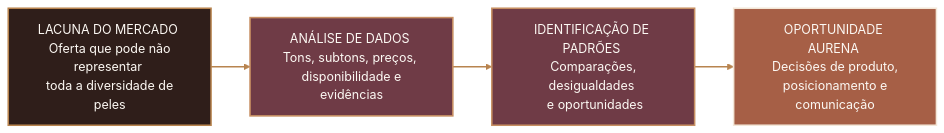
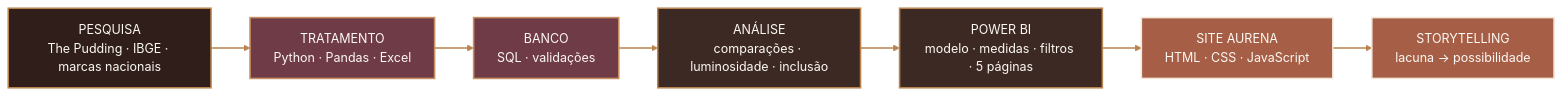
Before and after one commit to Projeto-L-Oreal-Paris/Avanco-da-industria-da-maquiagem: the first of 5 diagrams in README.md, drawn with Mermaid. The commit also changed other lines of this file, not shown here.

Commit message:
feat: finalize AURENA website with Power BI integration and final adjustments"

````diff
--- a/README.md
+++ b/README.md
@@ -107,21 +52,24 @@
 ```mermaid
 flowchart LR
-    A["LACUNA DO MERCADO <br/> Oferta que pode não representar <br/> toda a diversidade de peles"]
-    B["ANÁLISE DE DADOS <br/>Tons, subtons, preços, <br/> disponibilidade e evidências"]
-    C["IDENTIFICAÇÃO DE PADRÕES <br/> Comparações, desigualdades <br/> e oportunidades"]
-    D["OPORTUNIDADE AURENA <br/> Decisões de produto, <br/> posicionamento e comunicação"]
+    A["PESQUISA<br/>The Pudding · IBGE · marcas nacionais"]
+    B["TRATAMENTO<br/>Python · Pandas · Excel"]
+    C["BANCO<br/>SQL · validações"]
+    D["ANÁLISE<br/>comparações · luminosidade · inclusão"]
+    E["POWER BI<br/>modelo · medidas · filtros · 5 páginas"]
+    F["SITE AURENA<br/>HTML · CSS · JavaScript"]
+    G["STORYTELLING<br/>lacuna → possibilidade"]
 
-    A --> B
-    B --> C
-    C --> D
+    A --> B --> C --> D --> E --> F --> G
 
-    classDef problema fill:#2F1E1A,stroke:#B8844F,color:#FCF8F3,stroke-width:2px;
-    classDef analise fill:#6F3B46,stroke:#C78F62,color:#FCF8F3,stroke-width:2px;
-    classDef oportunidade fill:#A65F46,stroke:#F3E7D8,color:#FCF8F3,stroke-width:2px;
+    classDef origem fill:#2F1E1A,stroke:#B8844F,color:#FCF8F3,stroke-width:2px;
+    classDef dados fill:#6F3B46,stroke:#C78F62,color:#FCF8F3,stroke-width:2px;
+    classDef analise fill:#3D2924,stroke:#B8844F,color:#FCF8F3,stroke-width:2px;
+    classDef entrega fill:#A65F46,stroke:#F3E7D8,color:#FCF8F3,stroke-width:2px;
 
-    class A problema;
-    class B,C analise;
-    class D oportunidade;
+    class A origem;
+    class B,C dados;
+    class D,E analise;
+    class F,G entrega;
 
     linkStyle default stroke:#B8844F,stroke-width:2px;
 ```
````
